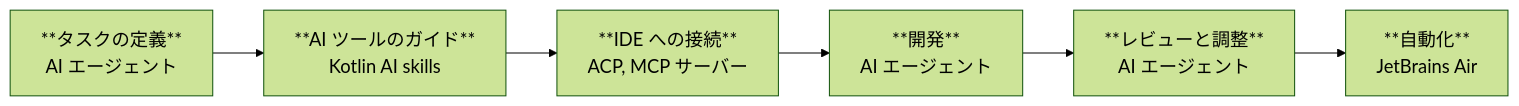
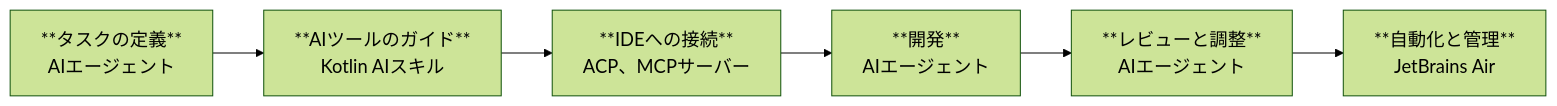
One commit to BinaryTape/Open-AIDoc changed the diagram in docs/ja/kotlin/ai-for-development.md. Above: the diagram before and after it, drawn with Mermaid (forest theme). The commit also changed other lines of this file and 1240 other files, not shown here.

````diff
--- a/docs/ja/kotlin/ai-for-development.md
+++ b/docs/ja/kotlin/ai-for-development.md
@@ -12,20 +12,20 @@
 ```mermaid
 graph LR
     DefineTask["**タスクの定義**
-        AI エージェント"]
-    Guide["**AI ツールのガイド**
-        Kotlin AI skills"]
-    Connect["**IDE への接続**
-        ACP, MCP サーバー"]
+        AIエージェント"]
+    Guide["**AIツールのガイド**
+        Kotlin AIスキル"]
+    Connect["**IDEへの接続**
+        ACP、MCPサーバー"]
     Implement["**開発**
-        AI エージェント"]
+        AIエージェント"]
     Review["**レビューと調整**
-        AI エージェント"]
-    Automate["**自動化**
+        AIエージェント"]
+    Automate["**自動化と管理**
         JetBrains Air"]
 
     DefineTask --> Guide --> Connect --> Implement --> Review --> Automate
 
     classDef largeNode font-size:18px;
     class DefineTask,Guide,Connect,Implement,Review,Automate largeNode;
 ```
````
